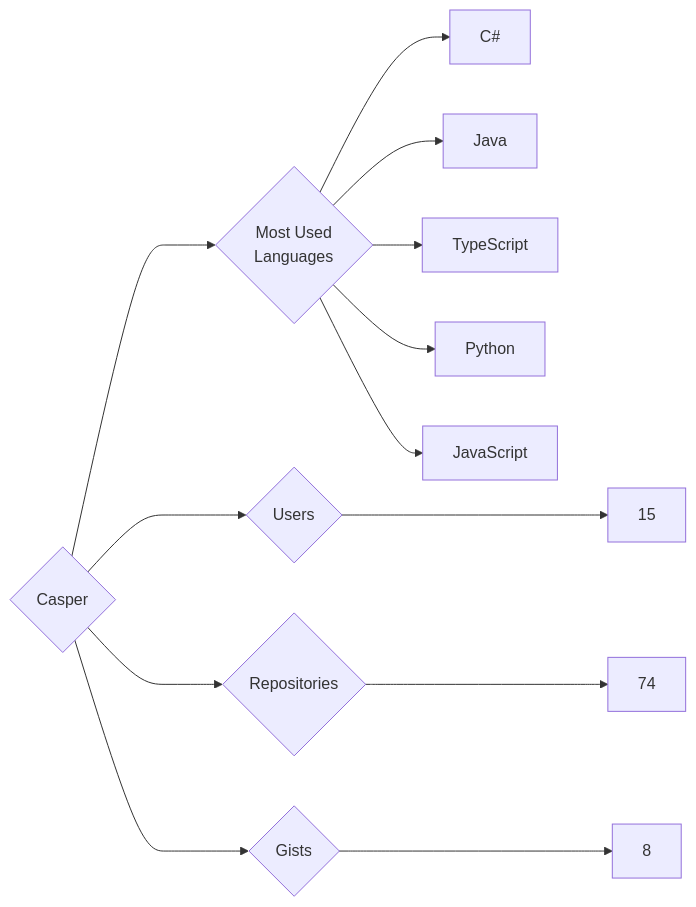
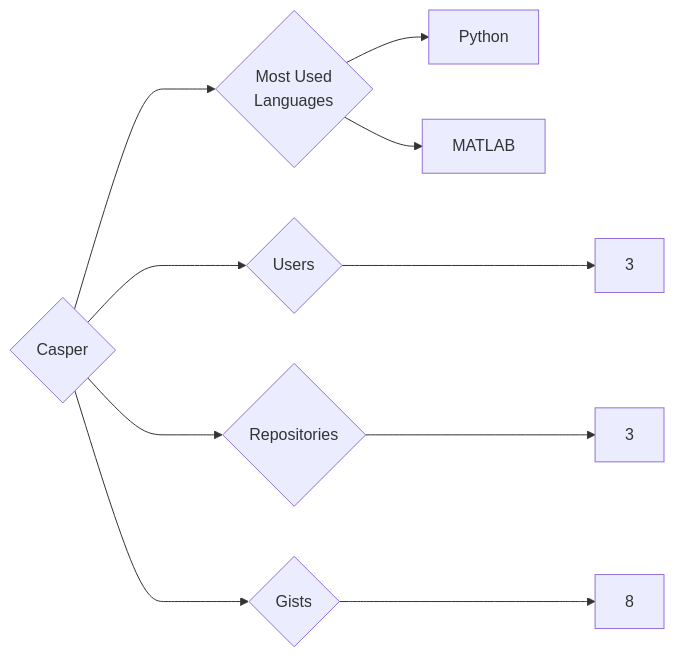
One commit to trickest/insiders changed the diagram in targets/Casper/README.md. Above: the diagram before and after it, drawn with Mermaid. The commit also changed 786 other files, not shown here.

````diff
--- a/targets/Casper/README.md
+++ b/targets/Casper/README.md
@@ -3,13 +3,10 @@
 ```mermaid
 graph LR
 COMPANY_NAME{Casper}
-COMPANY_NAME ---> U{Users} ---> UN[15]
-COMPANY_NAME ---> R{Repositories} ---> RN[74]
+COMPANY_NAME ---> U{Users} ---> UN[3]
+COMPANY_NAME ---> R{Repositories} ---> RN[3]
 COMPANY_NAME ---> G{Gists} ---> GN[8]
 COMPANY_NAME ---> ML{Most Used<br>Languages}
-ML --> C#[C#]
-ML --> Java[Java]
-ML --> TypeScript[TypeScript]
 ML --> Python[Python]
-ML --> JavaScript[JavaScript]
+ML --> MATLAB[MATLAB]
 ```
````
